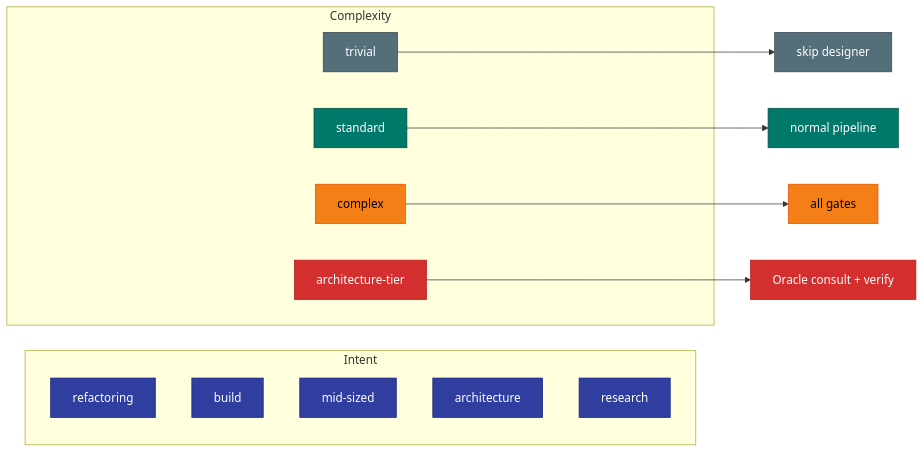
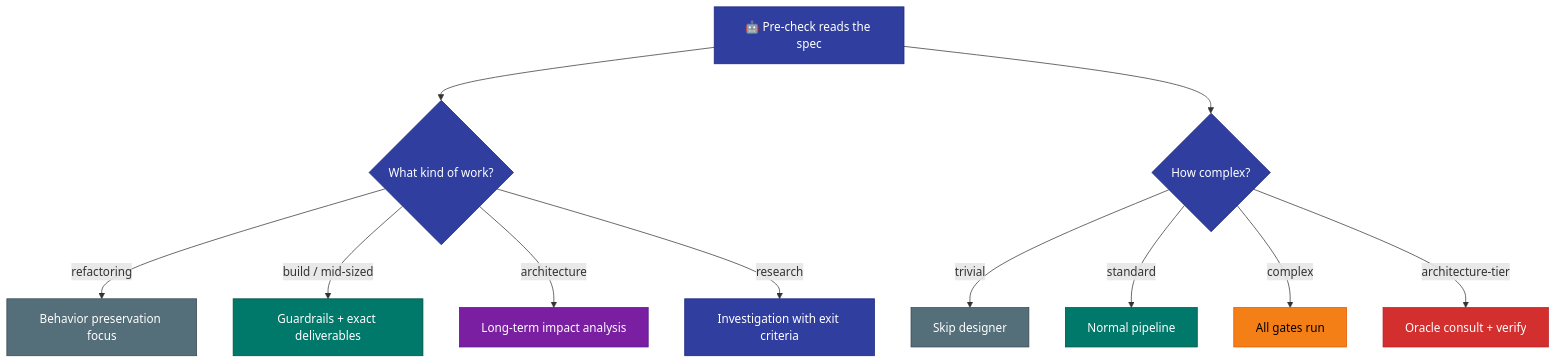
The fourth of 5 diagrams in docs/HOW-IT-WORKS.md (TejGandham/keel), drawn with Mermaid before and after one commit. The commit also changed other lines of this file and 1 other file, not shown here.

````diff
--- a/docs/HOW-IT-WORKS.md
+++ b/docs/HOW-IT-WORKS.md
@@ -180,36 +136,26 @@
 ```mermaid
-graph LR
-    subgraph Intent
-        I1[refactoring]
-        I2[build]
-        I3[mid-sized]
-        I4[architecture]
-        I5[research]
-    end
+graph TD
+    FEAT["🤖 Pre-check reads the spec"] --> INT{"What kind of work?"}
+    INT -->|"refactoring"| C1["Behavior preservation focus"]
+    INT -->|"build / mid-sized"| C2["Guardrails + exact deliverables"]
+    INT -->|"architecture"| C3["Long-term impact analysis"]
+    INT -->|"research"| C4["Investigation with exit criteria"]
 
-    subgraph Complexity
-        C1[trivial]
-        C2[standard]
-        C3[complex]
-        C4[architecture-tier]
-    end
+    FEAT --> COMP{"How complex?"}
+    COMP -->|"trivial"| R1["Skip designer"]
+    COMP -->|"standard"| R2["Normal pipeline"]
+    COMP -->|"complex"| R3["All gates run"]
+    COMP -->|"architecture-tier"| R4["Oracle consult + verify"]
 
-    C1 --> R1[skip designer]
-    C2 --> R2[normal pipeline]
-    C3 --> R3[all gates]
-    C4 --> R4[Oracle consult + verify]
-
-    style I1 fill:#303F9F,stroke:#1A237E,color:#fff
-    style I2 fill:#303F9F,stroke:#1A237E,color:#fff
-    style I3 fill:#303F9F,stroke:#1A237E,color:#fff
-    style I4 fill:#303F9F,stroke:#1A237E,color:#fff
-    style I5 fill:#303F9F,stroke:#1A237E,color:#fff
+    style FEAT fill:#303F9F,stroke:#1A237E,color:#fff
+    style INT fill:#303F9F,stroke:#1A237E,color:#fff
+    style COMP fill:#303F9F,stroke:#1A237E,color:#fff
     style C1 fill:#546E7A,stroke:#37474F,color:#fff
     style C2 fill:#00796B,stroke:#004D40,color:#fff
-    style C3 fill:#F57F17,stroke:#E65100,color:#000
-    style C4 fill:#D32F2F,stroke:#B71C1C,color:#fff
+    style C3 fill:#7B1FA2,stroke:#4A148C,color:#fff
+    style C4 fill:#303F9F,stroke:#1A237E,color:#fff
     style R1 fill:#546E7A,stroke:#37474F,color:#fff
     style R2 fill:#00796B,stroke:#004D40,color:#fff
     style R3 fill:#F57F17,stroke:#E65100,color:#000
     style R4 fill:#D32F2F,stroke:#B71C1C,color:#fff
 ```
````
